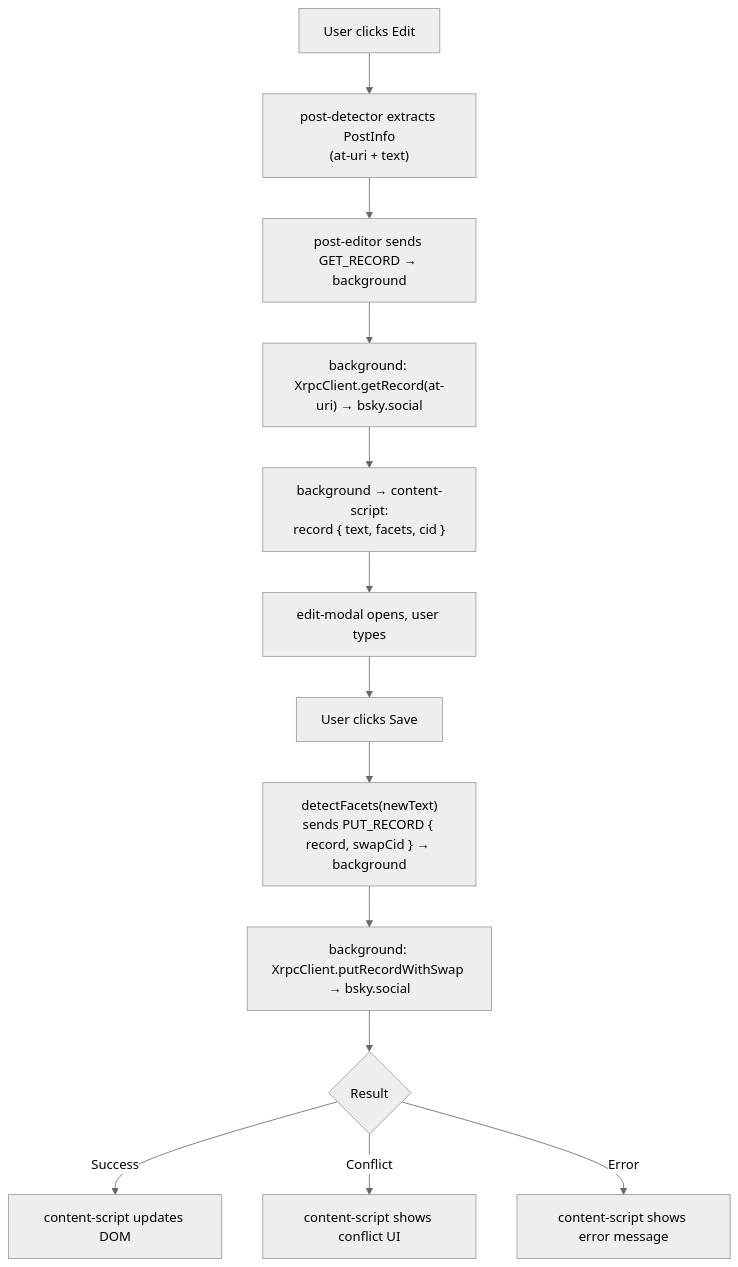
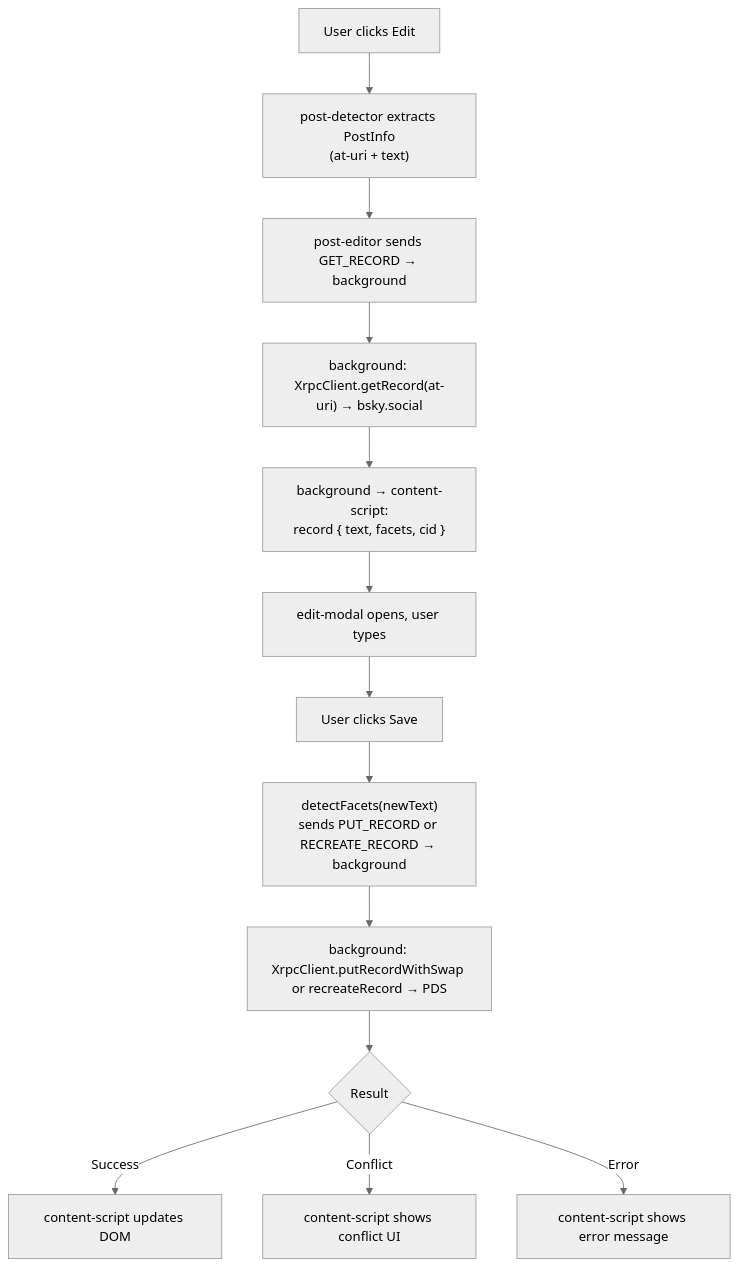
One commit to selfagency/skeeditor changed the second of 3 diagrams in docs/dev/architecture.md. Above: the diagram before and after it, drawn with Mermaid (neutral theme). The commit also changed other lines of this file and 43 other files, not shown here.

````diff
--- a/docs/dev/architecture.md
+++ b/docs/dev/architecture.md
@@ -68,15 +69,15 @@
 ```mermaid
 flowchart TD
     A["User clicks Edit"] --> B["post-detector extracts PostInfo\n(at-uri + text)"]
     B --> C["post-editor sends GET_RECORD → background"]
     C --> D["background: XrpcClient.getRecord(at-uri) → bsky.social"]
     D --> E["background → content-script:\nrecord { text, facets, cid }"]
     E --> F["edit-modal opens, user types"]
     F --> G["User clicks Save"]
-    G --> H["detectFacets(newText)\nsends PUT_RECORD { record, swapCid } → background"]
-    H --> I["background: XrpcClient.putRecordWithSwap → bsky.social"]
+    G --> H["detectFacets(newText)\nsends PUT_RECORD or RECREATE_RECORD → background"]
+    H --> I["background: XrpcClient.putRecordWithSwap or recreateRecord → PDS"]
     I --> J{"Result"}
     J -->|"Success"| K["content-script updates DOM"]
     J -->|"Conflict"| L["content-script shows conflict UI"]
     J -->|"Error"| M["content-script shows error message"]
 ```
````
